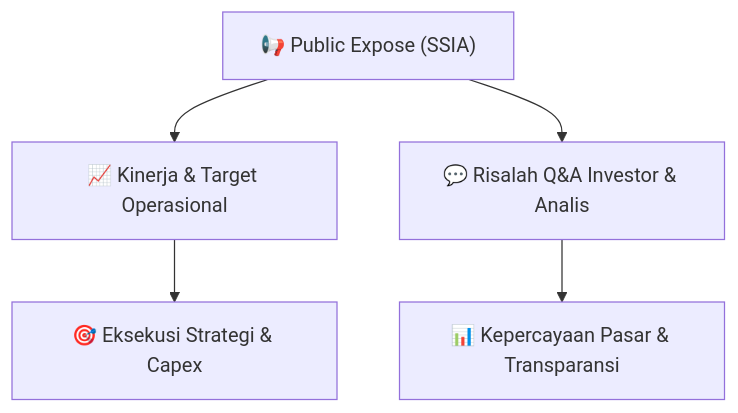
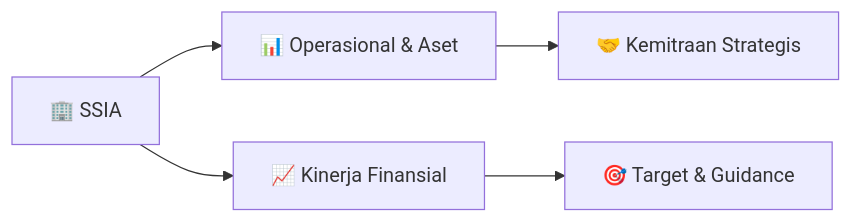
One commit to anYoneo/alphadigest-idx changed the diagram in reports/summaries/public-exposes/informasi-pubex/SSIA_Public_Expose_20260902.md. Above: the diagram before and after it, drawn with Mermaid. The commit also changed other lines of this file and 526 other files, not shown here.

````diff
--- a/reports/summaries/public-exposes/informasi-pubex/SSIA_Public_Expose_20260902.md
+++ b/reports/summaries/public-exposes/informasi-pubex/SSIA_Public_Expose_20260902.md
@@ -31,7 +130,7 @@
 ```mermaid
-flowchart TD
-    A["📢 Public Expose (SSIA)"] --> B["📈 Kinerja & Target Operasional"]
-    A --> C["💬 Risalah Q&A Investor & Analis"]
-    B --> D["🎯 Eksekusi Strategi & Capex"]
-    C --> E["📊 Kepercayaan Pasar & Transparansi"]
+flowchart LR
+    A["🏢 SSIA"] --> B["📊 Operasional & Aset"]
+    A --> C["📈 Kinerja Finansial"]
+    B --> D["🤝 Kemitraan Strategis"]
+    C --> E["🎯 Target & Guidance"]
 ```
````
